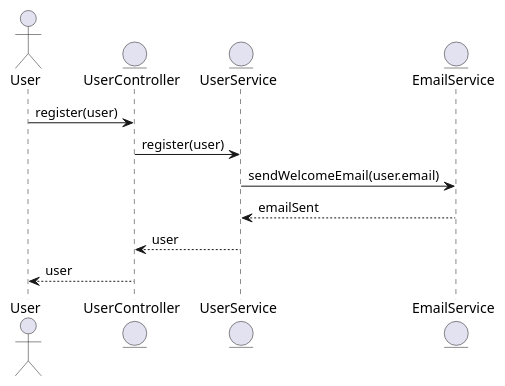
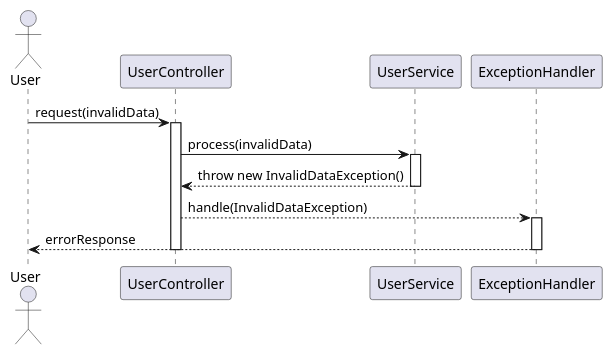
One commit to Dinesh-s95/AutoDoc.ai changed the fourth of 5 diagrams in identityprovider/documentation/detaileddesign.adoc. Above: the diagram before and after it, drawn with PlantUML. The commit also changed other lines of this file and 4 other files, not shown here.

```diff
--- a/identityprovider/documentation/detaileddesign.adoc
+++ b/identityprovider/documentation/detaileddesign.adoc
@@ -351,16 +352,24 @@
-[plantuml, business-process-flow, png]
+[plantuml, exception-handling-sequence, png]
 ----
 @startuml
 actor User
-entity UserController
-entity UserService
-entity EmailService
+participant UserController
+participant UserService
+participant "ExceptionHandler"
 
-User -> UserController : register(user)
-UserController -> UserService : register(user)
-UserService -> EmailService : sendWelcomeEmail(user.email)
-EmailService --> UserService : emailSent
-UserService --> UserController : user
-UserController --> User : user
+User -> UserController : request(invalidData)
+activate UserController
+
+UserController -> UserService : process(invalidData)
+activate UserService
+UserService --> UserController : throw new InvalidDataException()
+deactivate UserService
+
+UserController --> "ExceptionHandler" : handle(InvalidDataException)
+activate "ExceptionHandler"
+"ExceptionHandler" --> User : errorResponse
+deactivate "ExceptionHandler"
+
+deactivate UserController
 @enduml
 ----
```
